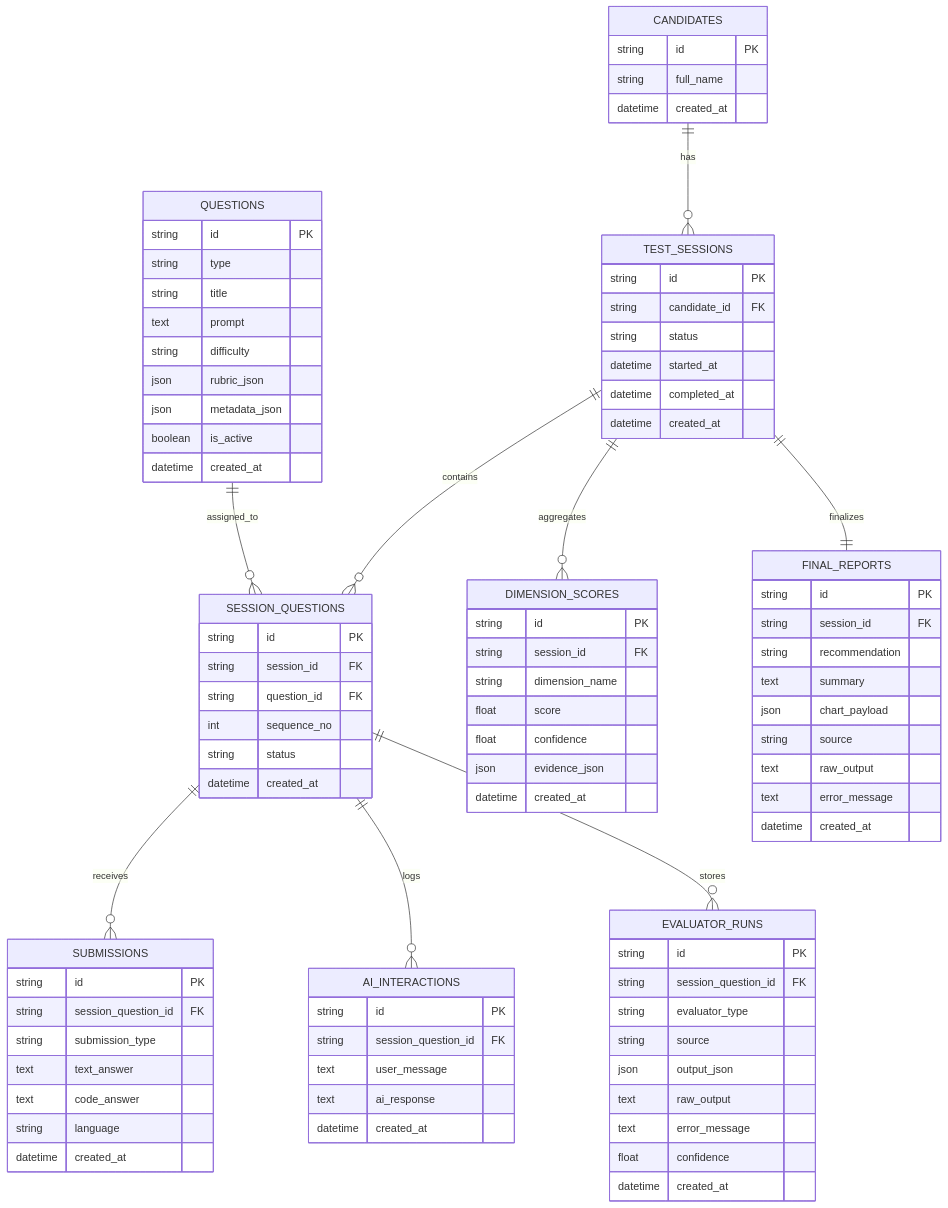
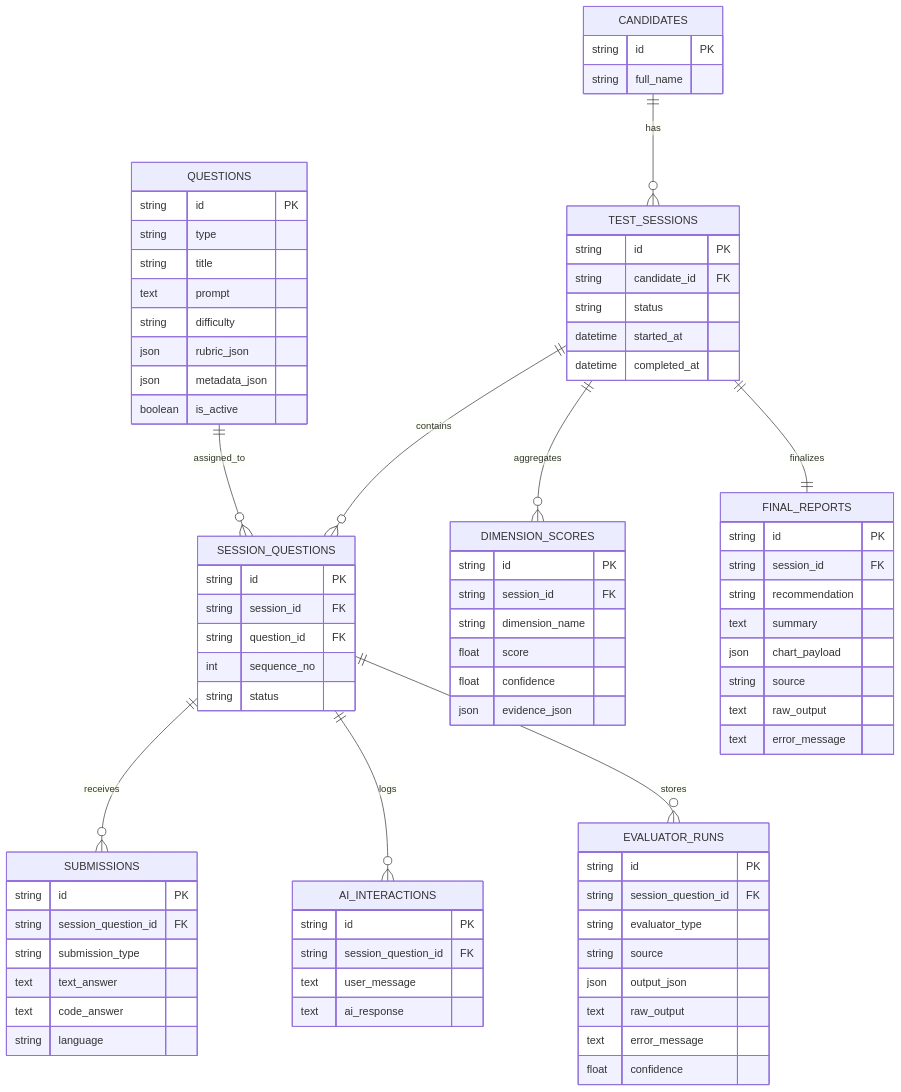
The diagram in mvp-assessment/docs/diagrams/relational-data-model.md (PieterJDSw/cohort10), drawn with Mermaid before and after one commit. The commit also changed other lines of this file and 389 other files, not shown here.

```diff
--- a/mvp-assessment/docs/diagrams/relational-data-model.md
+++ b/mvp-assessment/docs/diagrams/relational-data-model.md
@@ -7,7 +7,6 @@
     CANDIDATES {
         string id PK
         string full_name
-        datetime created_at
     }
 
     TEST_SESSIONS {
@@ -16,7 +15,6 @@
         string status
         datetime started_at
         datetime completed_at
-        datetime created_at
     }
 
     QUESTIONS {
@@ -28,7 +26,6 @@
         json rubric_json
         json metadata_json
         boolean is_active
-        datetime created_at
     }
 
     SESSION_QUESTIONS {
@@ -37,7 +34,6 @@
         string question_id FK
         int sequence_no
         string status
-        datetime created_at
     }
 
     SUBMISSIONS {
@@ -47,7 +43,6 @@
         text text_answer
         text code_answer
         string language
-        datetime created_at
     }
 
     AI_INTERACTIONS {
@@ -55,7 +50,6 @@
         string session_question_id FK
         text user_message
         text ai_response
-        datetime created_at
     }
 
     EVALUATOR_RUNS {
@@ -67,7 +61,6 @@
         text raw_output
         text error_message
         float confidence
-        datetime created_at
     }
 
     DIMENSION_SCORES {
@@ -77,7 +70,6 @@
         float score
         float confidence
         json evidence_json
-        datetime created_at
     }
 
     FINAL_REPORTS {
@@ -89,7 +81,6 @@
         string source
         text raw_output
         text error_message
-        datetime created_at
     }
 
     CANDIDATES ||--o{ TEST_SESSIONS : has
```
